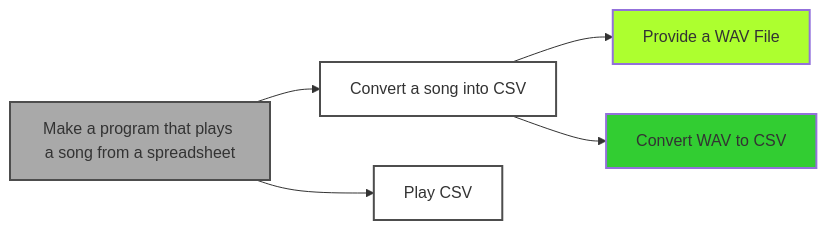
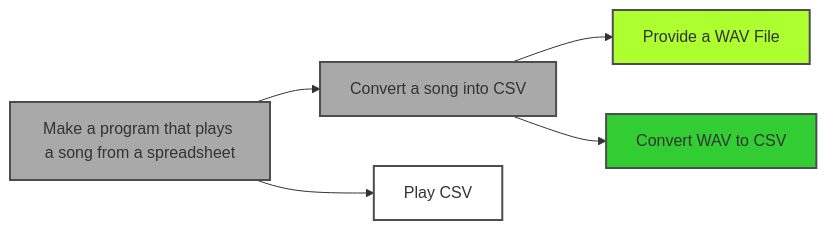
One commit to NguyenAndrew/edd changed diagram 11 of 13 in README.md. Above: the diagram before and after it, drawn with Mermaid. The commit also changed other lines of this file, not shown here.

Commit message:
Fix incorrect styles on Example 2

````diff
--- a/README.md
+++ b/README.md
@@ -155,17 +155,17 @@
 ```mermaid
 graph LR
     style A fill:#A9A9A9,stroke:#4d4d4d,stroke-width:2px,rounded:10px
-    style B fill:#fff,stroke:#4d4d4d,stroke-width:2px,rounded:10px
+    style B fill:#A9A9A9,stroke:#4d4d4d,stroke-width:2px,rounded:10px
     style C fill:#fff,stroke:#4d4d4d,stroke-width:2px,rounded:10px
-    style D fill:#ADFF2F,stroke:#4d4d4,stroke-width:2px,rounded:10px
-    style E fill:#32CD32,stroke:#4d4d4,stroke-width:2px,rounded:10px
+    style D fill:#ADFF2F,stroke:#4d4d4d,stroke-width:2px,rounded:10px
+    style E fill:#32CD32,stroke:#4d4d4d,stroke-width:2px,rounded:10px
     A[Make a program that plays a song from a spreadsheet]
     B[Convert a song into CSV]
     C[Play CSV]
     D[Provide a WAV File]
     E[Convert WAV to CSV]
     A --> B
     A --> C
     B --> D
     B --> E
 ```
````
